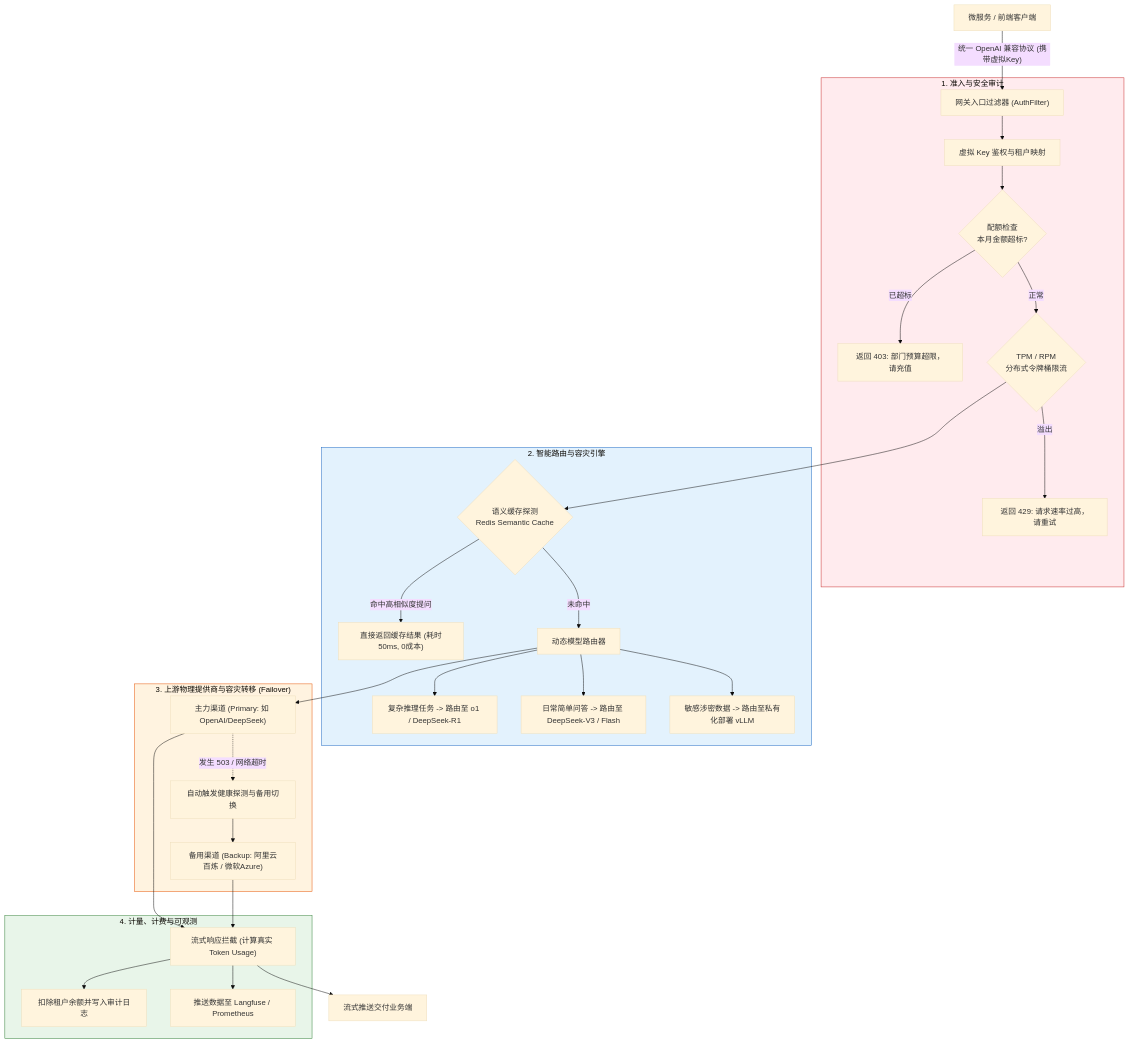
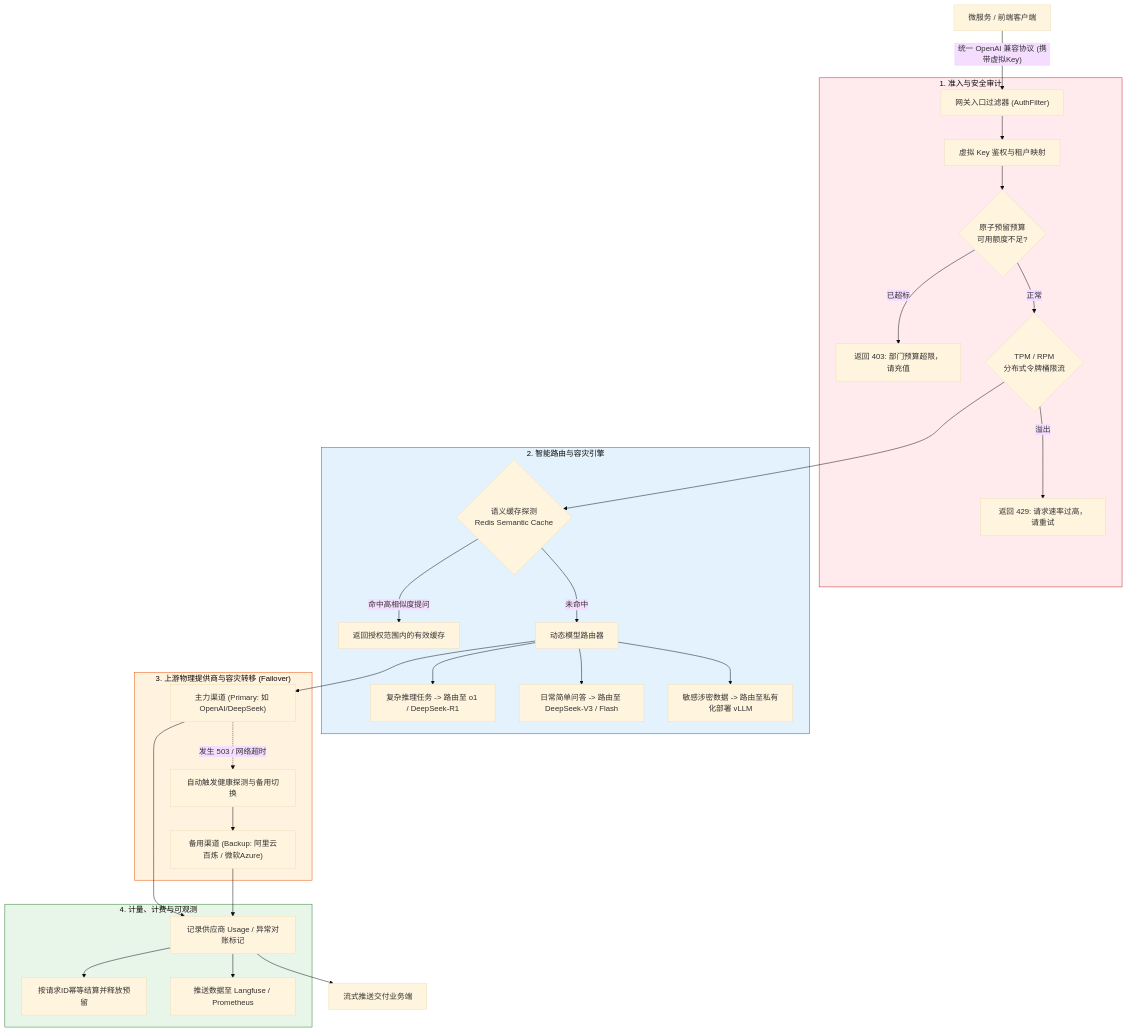
One commit to GuoWWWX/knowledge-base changed the second of 3 diagrams in 10-AI应用开发/06-平台与工程化/11-AI网关生产架构-限流-计费-审计.md. Above: the diagram before and after it, drawn with Mermaid (base theme). The commit also changed other lines of this file and 251 other files, not shown here.

````diff
--- a/10-AI应用开发/06-平台与工程化/11-AI网关生产架构-限流-计费-审计.md
+++ b/10-AI应用开发/06-平台与工程化/11-AI网关生产架构-限流-计费-审计.md
@@ -76,40 +59,40 @@
 ```mermaid
 flowchart TD
     Client["微服务 / 前端客户端"] -->|"统一 OpenAI 兼容协议 (携带虚拟Key)"| Ingress["网关入口过滤器 (AuthFilter)"]
 
     subgraph SecurityLayer["1. 准入与安全审计"]
         Ingress --> Auth["虚拟 Key 鉴权与租户映射"]
-        Auth --> Quota{"配额检查<br/>本月金额超标?"}
+        Auth --> Quota{"原子预留预算<br/>可用额度不足?"}
         Quota -->|已超标| Reject["返回 403: 部门预算超限，请充值"]
         Quota -->|正常| RateLimit{"TPM / RPM<br/>分布式令牌桶限流"}
         RateLimit -->|溢出| Busy["返回 429: 请求速率过高，请重试"]
     end
 
     subgraph SmartRouting["2. 智能路由与容灾引擎"]
         RateLimit --> Cache{"语义缓存探测<br/>Redis Semantic Cache"}
-        Cache -->|命中高相似度提问| ReturnCache["直接返回缓存结果 (耗时50ms, 0成本)"]
+        Cache -->|命中高相似度提问| ReturnCache["返回授权范围内的有效缓存"]
         Cache -->|未命中| Router["动态模型路由器"]
         Router --> Rule1["复杂推理任务 -> 路由至 o1 / DeepSeek-R1"]
         Router --> Rule2["日常简单问答 -> 路由至 DeepSeek-V3 / Flash"]
         Router --> Rule3["敏感涉密数据 -> 路由至私有化部署 vLLM"]
     end
 
     subgraph Upstream["3. 上游物理提供商与容灾转移 (Failover)"]
         Router --> Primary["主力渠道 (Primary: 如 OpenAI/DeepSeek)"]
         Primary -.发生 503 / 网络超时.-> Failover["自动触发健康探测与备用切换"]
         Failover --> Backup["备用渠道 (Backup: 阿里云百炼 / 微软Azure)"]
     end
 
     subgraph Observability["4. 计量、计费与可观测"]
-        Primary & Backup --> Meter["流式响应拦截 (计算真实 Token Usage)"]
-        Meter --> Bill["扣除租户余额并写入审计日志"]
+        Primary & Backup --> Meter["记录供应商 Usage / 异常对账标记"]
+        Meter --> Bill["按请求ID幂等结算并释放预留"]
         Meter --> Trace["推送数据至 Langfuse / Prometheus"]
     end
 
     Meter --> Out["流式推送交付业务端"]
 
     style SecurityLayer fill:#ffebee,stroke:#c62828,stroke-width:1px
     style SmartRouting fill:#e3f2fd,stroke:#1565c0,stroke-width:1px
     style Upstream fill:#fff3e0,stroke:#e65100,stroke-width:1px
     style Observability fill:#e8f5e9,stroke:#2e7d32,stroke-width:1px
 ```
````
